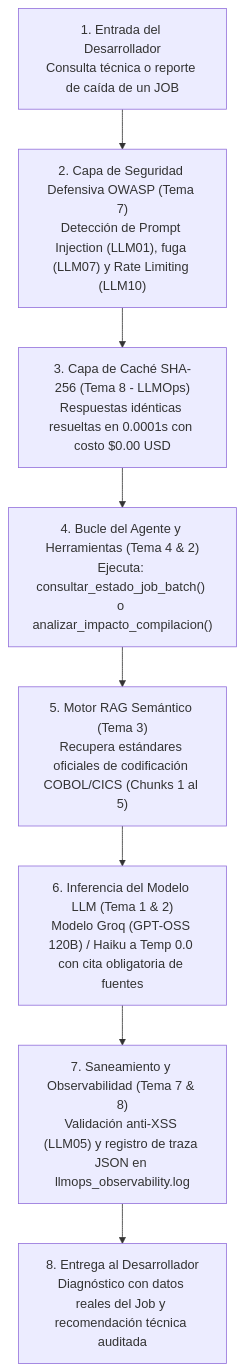
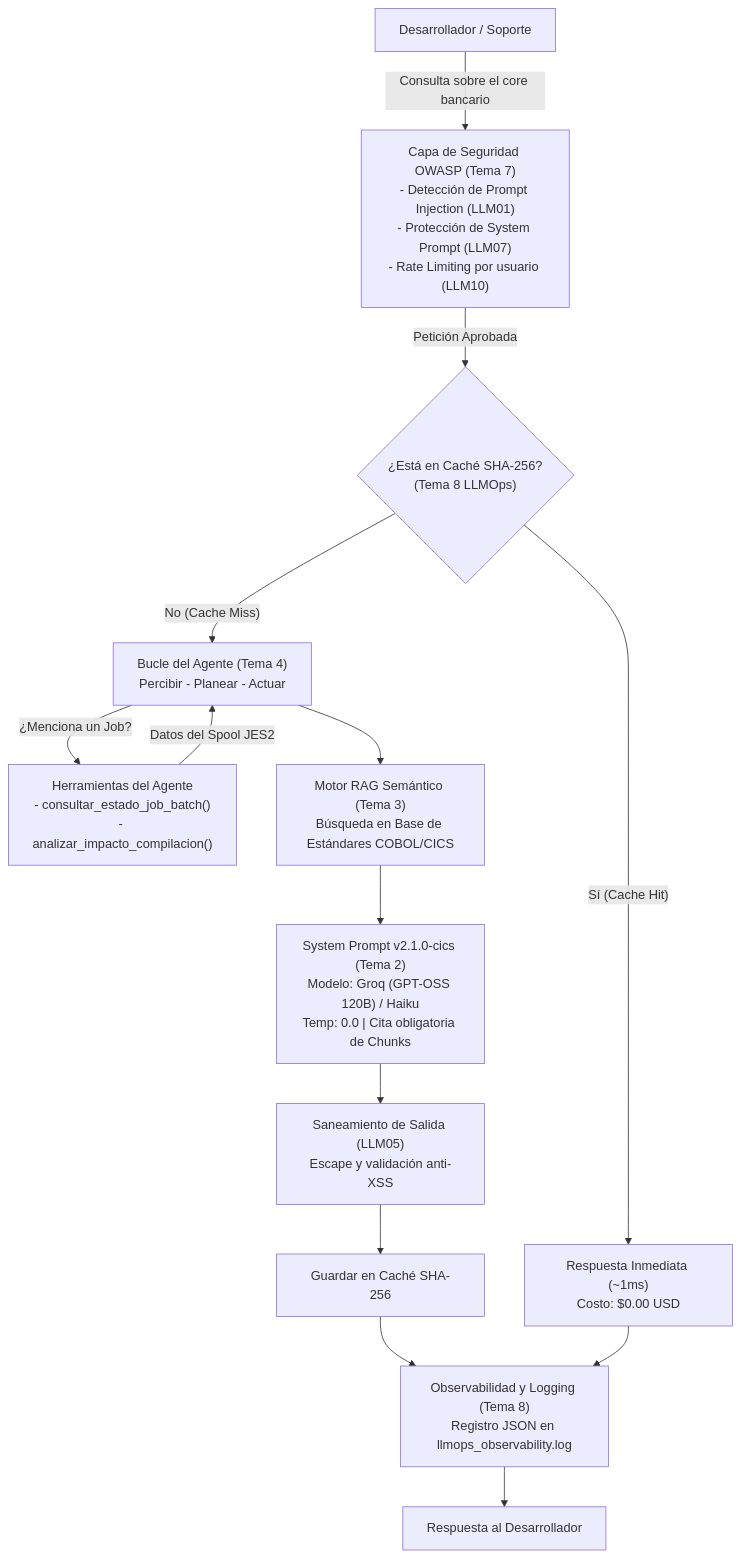
One commit to zonik811/AiDeveloper changed the diagram in README.md. Above: the diagram before and after it, drawn with Mermaid. The commit also changed other lines of this file and 1 other file, not shown here.

Commit message:
docs: focus case study strictly on banking core and restore architectural flowchart

````diff
--- a/README.md
+++ b/README.md
@@ -27,19 +25,21 @@
 ```mermaid
 flowchart TD
-    Paso1["1. Entrada del Desarrollador<br>Consulta técnica o reporte de caída de un JOB"]
-    Paso2["2. Capa de Seguridad Defensiva OWASP (Tema 7)<br>Detección de Prompt Injection (LLM01), fuga (LLM07) y Rate Limiting (LLM10)"]
-    Paso3["3. Capa de Caché SHA-256 (Tema 8 - LLMOps)<br>Respuestas idénticas resueltas en 0.0001s con costo $0.00 USD"]
-    Paso4["4. Bucle del Agente y Herramientas (Tema 4 & 2)<br>Ejecuta: consultar_estado_job_batch() o analizar_impacto_compilacion()"]
-    Paso5["5. Motor RAG Semántico (Tema 3)<br>Recupera estándares oficiales de codificación COBOL/CICS (Chunks 1 al 5)"]
-    Paso6["6. Inferencia del Modelo LLM (Tema 1 & 2)<br>Modelo Groq (GPT-OSS 120B) / Haiku a Temp 0.0 con cita obligatoria de fuentes"]
-    Paso7["7. Saneamiento y Observabilidad (Tema 7 & 8)<br>Validación anti-XSS (LLM05) y registro de traza JSON en llmops_observability.log"]
-    Paso8["8. Entrega al Desarrollador<br>Diagnóstico con datos reales del Job y recomendación técnica auditada"]
-
-    Paso1 --> Paso2
-    Paso2 --> Paso3
-    Paso3 --> Paso4
-    Paso4 --> Paso5
-    Paso5 --> Paso6
-    Paso6 --> Paso7
-    Paso7 --> Paso8
+    User["Desarrollador / Soporte"] -->|"Consulta sobre el core bancario"| Security["Capa de Seguridad OWASP (Tema 7)<br>- Detección de Prompt Injection (LLM01)<br>- Protección de System Prompt (LLM07)<br>- Rate Limiting por usuario (LLM10)"]
+    
+    Security -->|"Petición Aprobada"| CacheCheck{"¿Está en Caché SHA-256?<br>(Tema 8 LLMOps)"}
+    
+    CacheCheck -->|"Sí (Cache Hit)"| FastResp["Respuesta Inmediata (~1ms)<br>Costo: $0.00 USD"]
+    CacheCheck -->|"No (Cache Miss)"| AgentLoop["Bucle del Agente (Tema 4)<br>Percibir - Planear - Actuar"]
+    
+    AgentLoop -->|"¿Menciona un Job?"| Tools["Herramientas del Agente<br>- consultar_estado_job_batch()<br>- analizar_impacto_compilacion()"]
+    Tools -->|"Datos del Spool JES2"| AgentLoop
+    
+    AgentLoop --> RAG["Motor RAG Semántico (Tema 3)<br>Búsqueda en Base de Estándares COBOL/CICS"]
+    RAG --> Ingestion["System Prompt v2.1.0-cics (Tema 2)<br>Modelo: Groq (GPT-OSS 120B) / Haiku<br>Temp: 0.0 | Cita obligatoria de Chunks"]
+    
+    Ingestion --> Sanitize["Saneamiento de Salida (LLM05)<br>Escape y validación anti-XSS"]
+    Sanitize --> CacheStore["Guardar en Caché SHA-256"]
+    CacheStore --> ObsLog["Observabilidad y Logging (Tema 8)<br>Registro JSON en llmops_observability.log"]
+    FastResp --> ObsLog
+    ObsLog --> Output["Respuesta al Desarrollador"]
 ```
````
